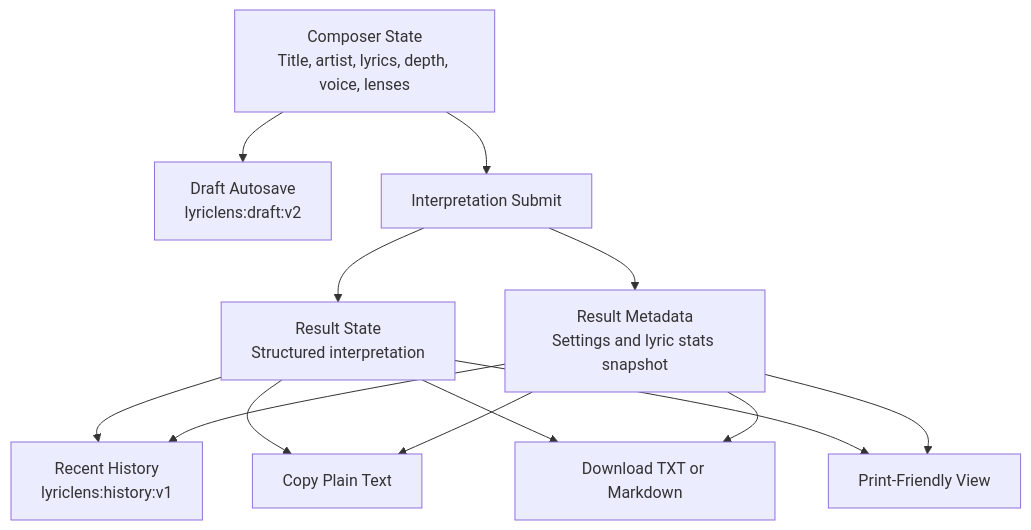
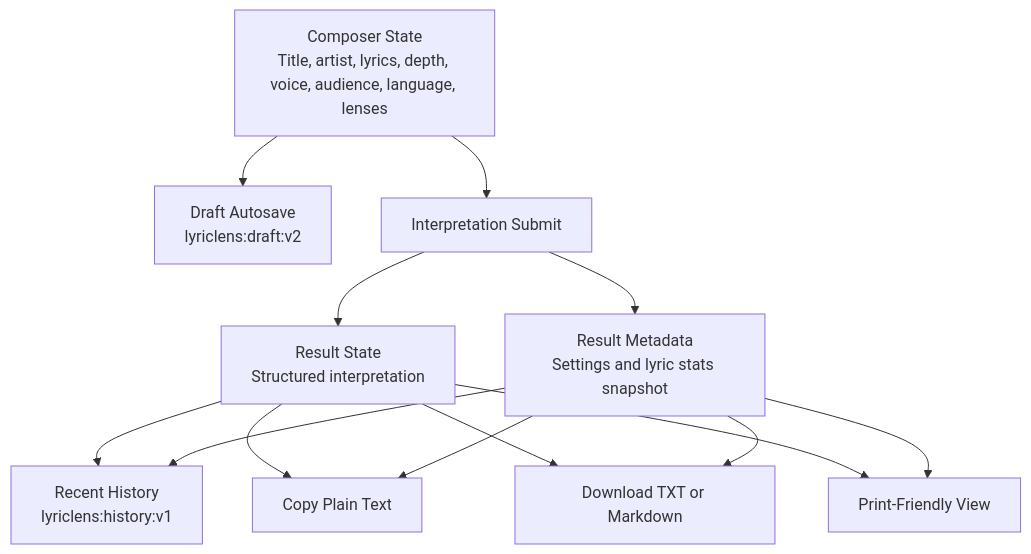
The third of 3 diagrams in PROJECT_DOCUMENTATION.md (AsadullahBajwa/LyricLens), drawn with Mermaid before and after one commit. The commit also changed other lines of this file and 4 other files, not shown here.

````diff
--- a/PROJECT_DOCUMENTATION.md
+++ b/PROJECT_DOCUMENTATION.md
@@ -90,25 +90,25 @@
 ```mermaid
 flowchart TD
-  form["Composer State<br/>Title, artist, lyrics, depth, voice, lenses"]
+  form["Composer State<br/>Title, artist, lyrics, depth, voice, audience, language, lenses"]
   draft["Draft Autosave<br/>lyriclens:draft:v2"]
   submit["Interpretation Submit"]
   result["Result State<br/>Structured interpretation"]
   meta["Result Metadata<br/>Settings and lyric stats snapshot"]
   history["Recent History<br/>lyriclens:history:v1"]
   copy["Copy Plain Text"]
   download["Download TXT or Markdown"]
   print["Print-Friendly View"]
 
   form --> draft
   form --> submit
   submit --> result
   submit --> meta
   result --> history
   meta --> history
   result --> copy
   meta --> copy
   result --> download
   meta --> download
   result --> print
   meta --> print
 ```
````
